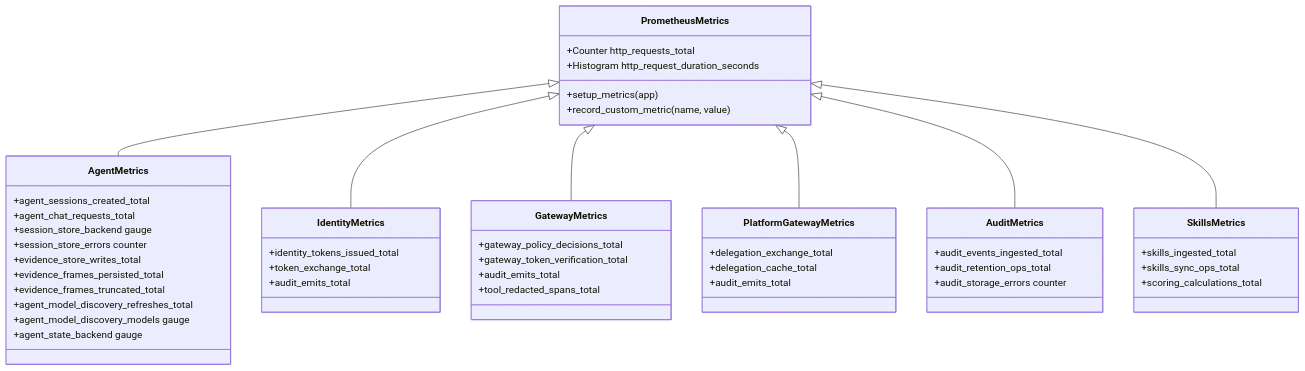
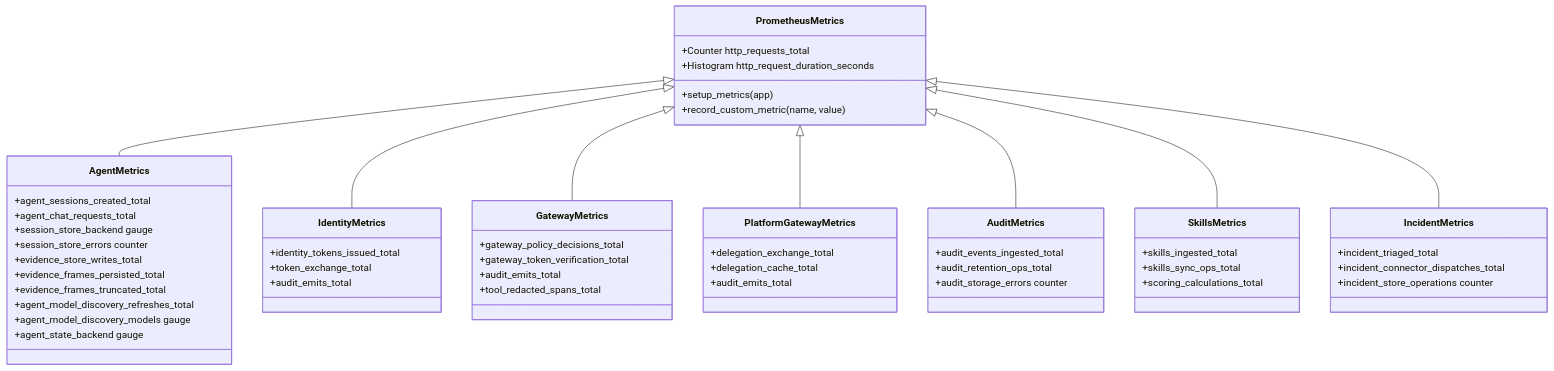
Before and after one commit to metasync/luban-aiops: the eighth of 14 diagrams in .qoder/repowiki/en/content/Monitoring and Observability/Monitoring and Observability.md, drawn with Mermaid. The commit also changed other lines of this file and 8 other files, not shown here.

````diff
--- a/.qoder/repowiki/en/content/Monitoring and Observability/Monitoring and Observability.md
+++ b/.qoder/repowiki/en/content/Monitoring and Observability/Monitoring and Observability.md
@@ -400,53 +482,59 @@
 ```mermaid
 classDiagram
 class PrometheusMetrics {
 +Counter http_requests_total
 +Histogram http_request_duration_seconds
 +setup_metrics(app)
 +record_custom_metric(name, value)
 }
 class AgentMetrics {
 +agent_sessions_created_total
 +agent_chat_requests_total
 +session_store_backend gauge
 +session_store_errors counter
 +evidence_store_writes_total
 +evidence_frames_persisted_total
 +evidence_frames_truncated_total
 +agent_model_discovery_refreshes_total
 +agent_model_discovery_models gauge
 +agent_state_backend gauge
 }
 class IdentityMetrics {
 +identity_tokens_issued_total
 +token_exchange_total
 +audit_emits_total
 }
 class GatewayMetrics {
 +gateway_policy_decisions_total
 +gateway_token_verification_total
 +audit_emits_total
 +tool_redacted_spans_total
 }
 class PlatformGatewayMetrics {
 +delegation_exchange_total
 +delegation_cache_total
 +audit_emits_total
 }
 class AuditMetrics {
 +audit_events_ingested_total
 +audit_retention_ops_total
 +audit_storage_errors counter
 }
 class SkillsMetrics {
 +skills_ingested_total
 +skills_sync_ops_total
 +scoring_calculations_total
 }
+class IncidentMetrics {
++incident_triaged_total
++incident_connector_dispatches_total
++incident_store_operations counter
+}
 PrometheusMetrics <|-- AgentMetrics
 PrometheusMetrics <|-- IdentityMetrics
 PrometheusMetrics <|-- GatewayMetrics
 PrometheusMetrics <|-- PlatformGatewayMetrics
 PrometheusMetrics <|-- AuditMetrics
 PrometheusMetrics <|-- SkillsMetrics
+PrometheusMetrics <|-- IncidentMetrics
 ```
````
